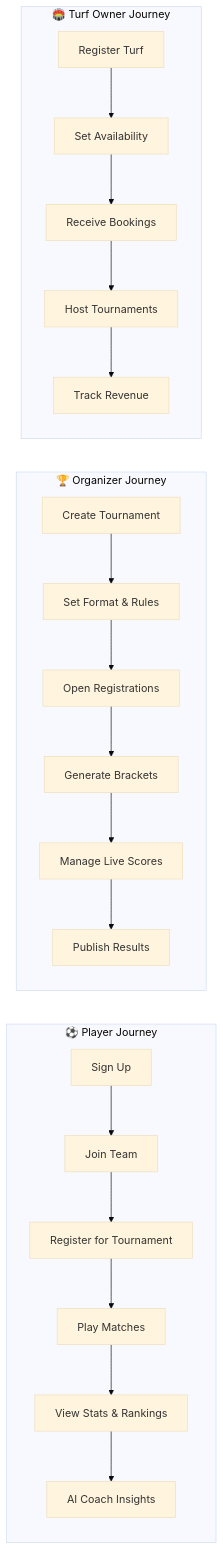
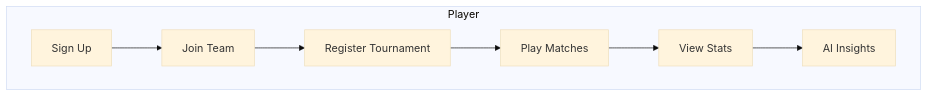
Before and after one commit to dineshrajdhanapathyDD/TurfArena: the seventh of 10 diagrams in README.md, drawn with Mermaid (base theme). The commit also changed other lines of this file and 1 other file, not shown here.

````diff
--- a/README.md
+++ b/README.md
@@ -241,25 +351,10 @@
 ```mermaid
-flowchart LR
-    subgraph Player["⚽ Player Journey"]
-        P1[Sign Up] --> P2[Join Team]
-        P2 --> P3[Register for Tournament]
-        P3 --> P4[Play Matches]
-        P4 --> P5[View Stats & Rankings]
-        P5 --> P6[AI Coach Insights]
-    end
-
-    subgraph Organizer["🏆 Organizer Journey"]
-        O1[Create Tournament] --> O2[Set Format & Rules]
-        O2 --> O3[Open Registrations]
-        O3 --> O4[Generate Brackets]
-        O4 --> O5[Manage Live Scores]
-        O5 --> O6[Publish Results]
-    end
-
-    subgraph Owner["🏟️ Turf Owner Journey"]
-        T1[Register Turf] --> T2[Set Availability]
-        T2 --> T3[Receive Bookings]
-        T3 --> T4[Host Tournaments]
-        T4 --> T5[Track Revenue]
+graph TD
+    subgraph Player
+        PA[Sign Up] --> PB[Join Team]
+        PB --> PC[Register Tournament]
+        PC --> PD[Play Matches]
+        PD --> PE[View Stats]
+        PE --> PF[AI Insights]
     end
 ```
````
